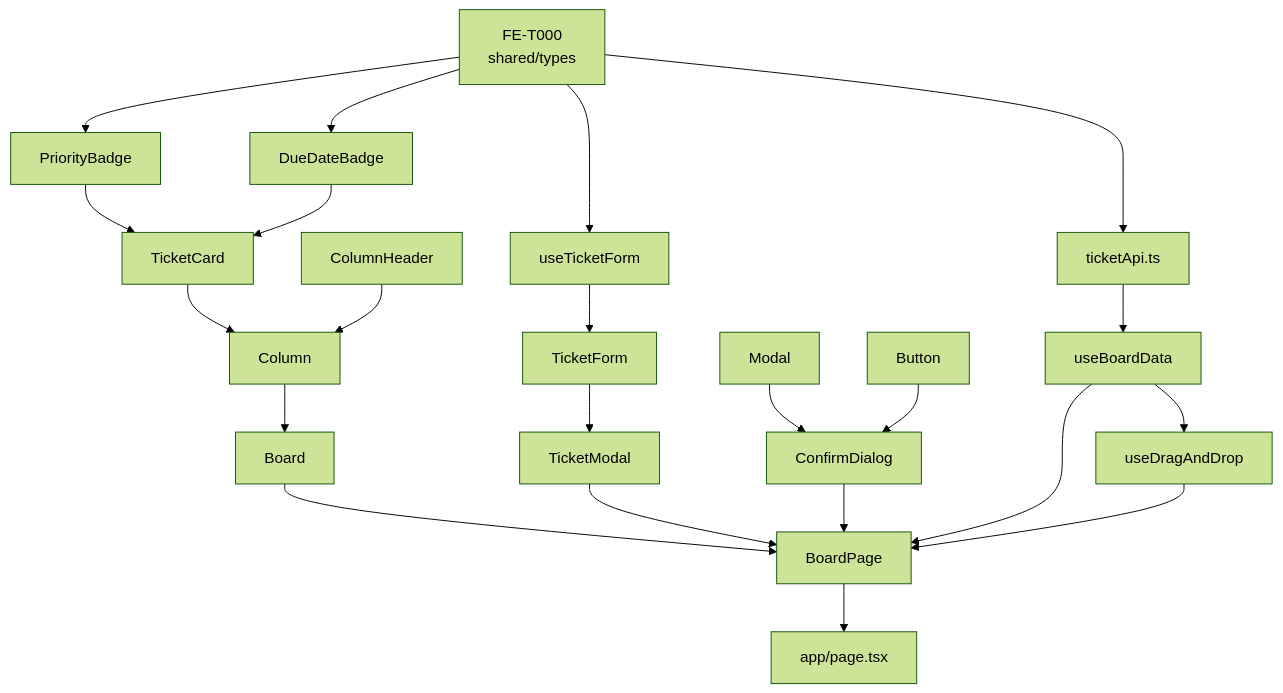
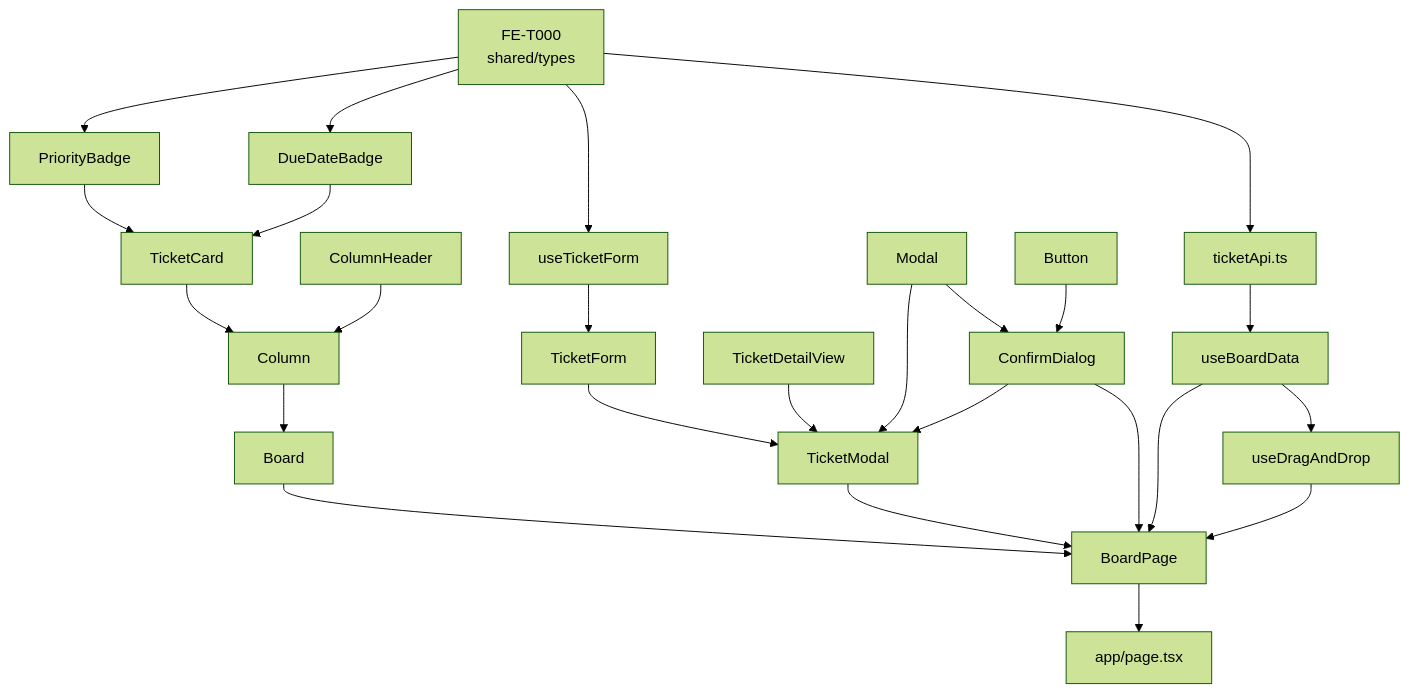
Before and after one commit to sumin-hwang/ClaudeCodeMaster_Tika: the diagram in Tika/docs/FRONTEND_TASKS.md, drawn with Mermaid (forest theme). The commit also changed other lines of this file and 10 other files, not shown here.

````diff
--- a/Tika/docs/FRONTEND_TASKS.md
+++ b/Tika/docs/FRONTEND_TASKS.md
@@ -24,31 +24,34 @@
 ```mermaid
 graph TD
   types["FE-T000<br/>shared/types"] --> api["ticketApi.ts"]
   types --> PriorityBadge
   types --> DueDateBadge
   types --> useTicketForm
 
   Modal --> ConfirmDialog
   Button --> ConfirmDialog
 
   api --> useBoardData
   useBoardData --> useDragAndDrop
 
   PriorityBadge --> TicketCard
   DueDateBadge --> TicketCard
 
   TicketCard --> Column
   ColumnHeader --> Column
   Column --> Board
 
   useTicketForm --> TicketForm
   TicketForm --> TicketModal
+  TicketDetailView --> TicketModal
+  Modal --> TicketModal
+  ConfirmDialog --> TicketModal
 
   Board --> BoardPage
   TicketModal --> BoardPage
   ConfirmDialog --> BoardPage
   useBoardData --> BoardPage
   useDragAndDrop --> BoardPage
 
   BoardPage --> page["app/page.tsx"]
 ```
````
